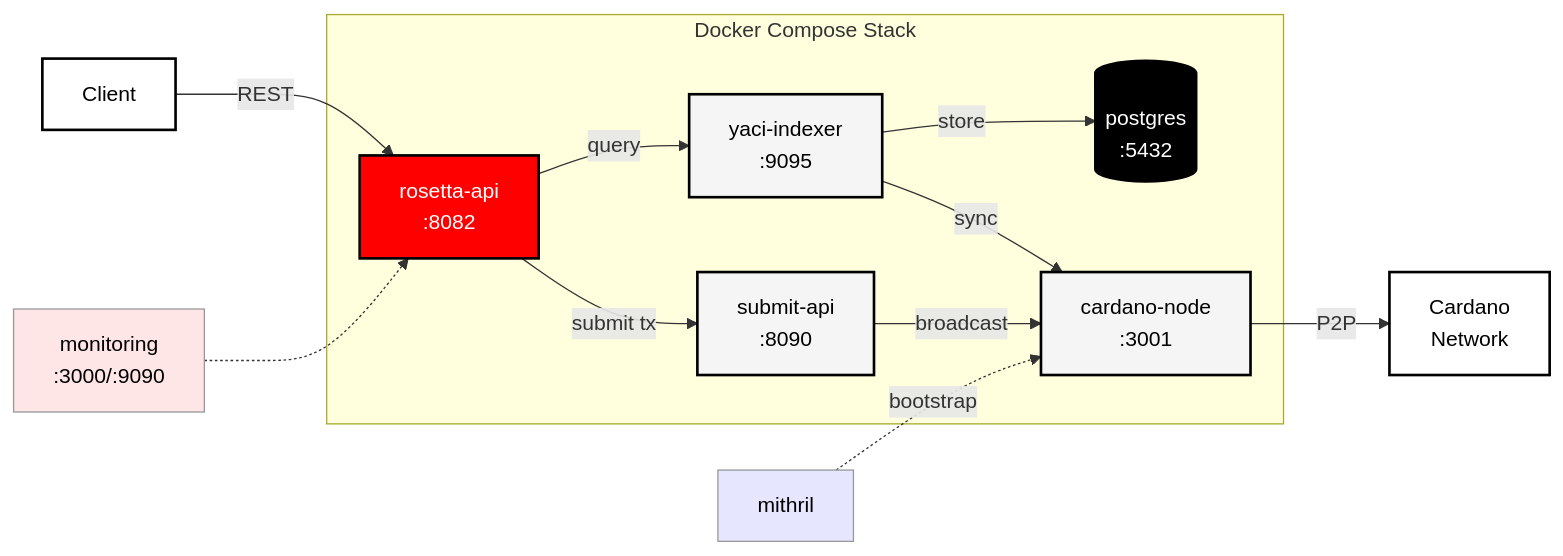
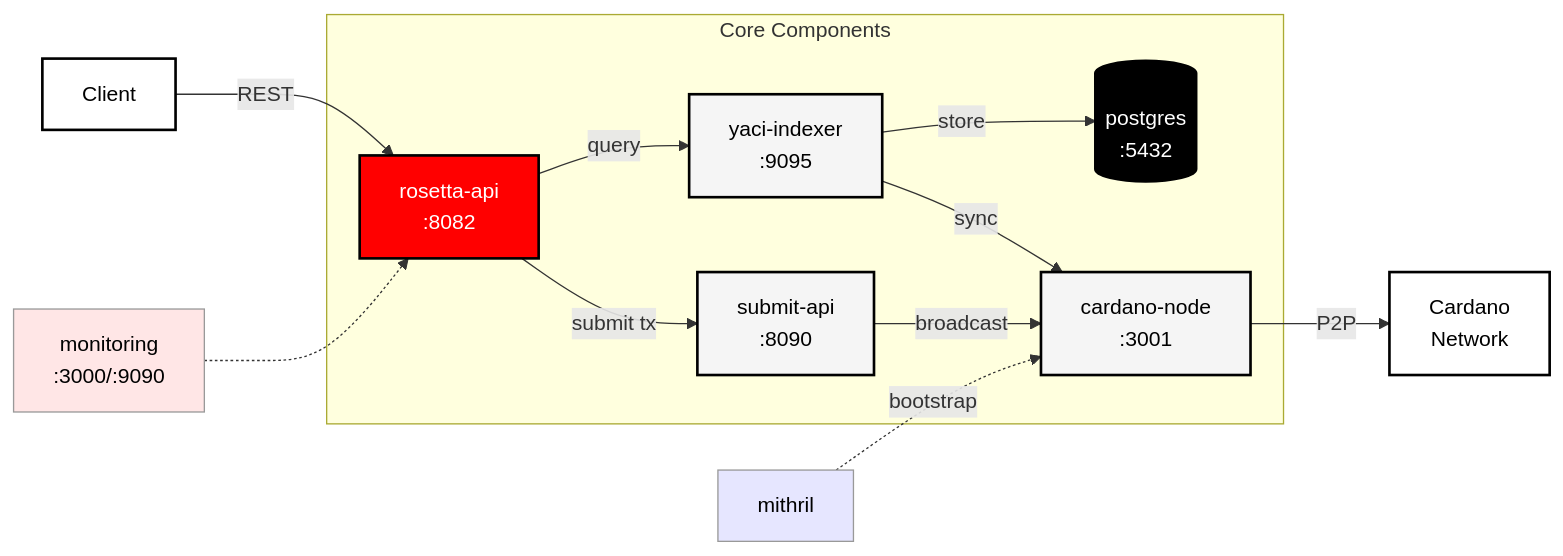
Before and after one commit to cardano-foundation/cardano-rosetta-java: the diagram in README.md, drawn with Mermaid. The commit also changed other lines of this file and 3 other files, not shown here.

````diff
--- a/README.md
+++ b/README.md
@@ -23,34 +23,34 @@
 ```mermaid
 graph LR
     Client[Client]
     
-    subgraph "Docker Compose Stack"
+    subgraph "Core Components"
         API[rosetta-api<br/>:8082]
         Indexer[yaci-indexer<br/>:9095]
         DB[(postgres<br/>:5432)]
         Node[cardano-node<br/>:3001]
         Submit[submit-api<br/>:8090]
         
         API -->|query| Indexer
         Indexer -->|store| DB
         Indexer -->|sync| Node
         API -->|submit tx| Submit
         Submit -->|broadcast| Node
     end
     
     Client -->|REST| API
     Node -->|P2P| Network[Cardano<br/>Network]
     
     Mithril[mithril] -.->|bootstrap| Node
     Monitoring[monitoring<br/>:3000/:9090] -.-> API
     
     style Client fill:#ffffff,stroke:#000000,stroke-width:2px,color:#000
     style API fill:#ff0000,stroke:#000000,stroke-width:2px,color:#fff
     style Indexer fill:#f5f5f5,stroke:#000000,stroke-width:2px,color:#000
     style DB fill:#000000,stroke:#000000,stroke-width:2px,color:#fff
     style Node fill:#f5f5f5,stroke:#000000,stroke-width:2px,color:#000
     style Submit fill:#f5f5f5,stroke:#000000,stroke-width:2px,color:#000
     style Network fill:#ffffff,stroke:#000000,stroke-width:2px,color:#000
     style Mithril fill:#e6e6ff,stroke:#999999,stroke-width:1px,color:#000
     style Monitoring fill:#ffe6e6,stroke:#999999,stroke-width:1px,color:#000
 ```
````
